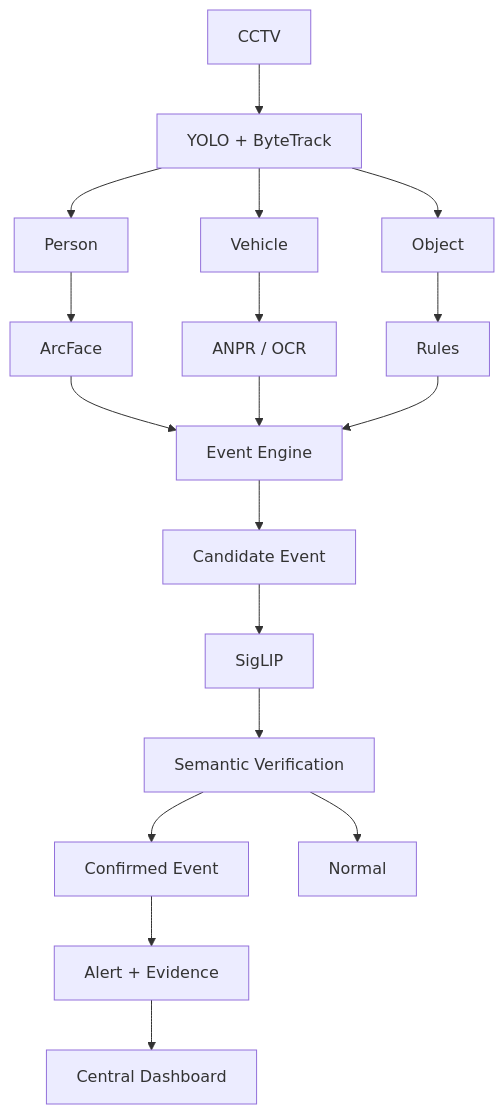
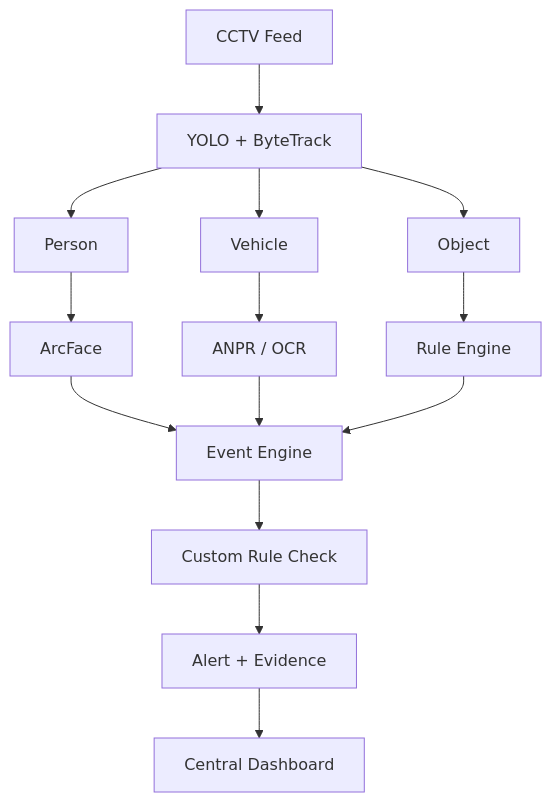
Before and after one commit to prodev717/scope: the first of 2 diagrams in README.md, drawn with Mermaid. The commit also changed other lines of this file and 7 other files, not shown here.

````diff
--- a/README.md
+++ b/README.md
@@ -30,26 +36,20 @@
 ```mermaid
 flowchart TD
-    CCTV[CCTV] --> YB[YOLO + ByteTrack]
+    CCTV[CCTV Feed] --> YB[YOLO + ByteTrack]
 
     YB --> P[Person]
     YB --> V[Vehicle]
     YB --> O[Object]
 
     P --> AF[ArcFace]
     V --> ANPR[ANPR / OCR]
-    O --> R[Rules]
+    O --> R[Rule Engine]
 
     AF --> EE[Event Engine]
     ANPR --> EE
     R --> EE
 
-    EE --> CE[Candidate Event]
-    CE --> S[SigLIP]
-    S --> SV[Semantic Verification]
-
-    SV --> C[Confirmed Event]
-    SV --> N[Normal]
-
+    EE --> C[Custom Rule Check]
     C --> AE[Alert + Evidence]
     AE --> CD[Central Dashboard]
 ```
````
